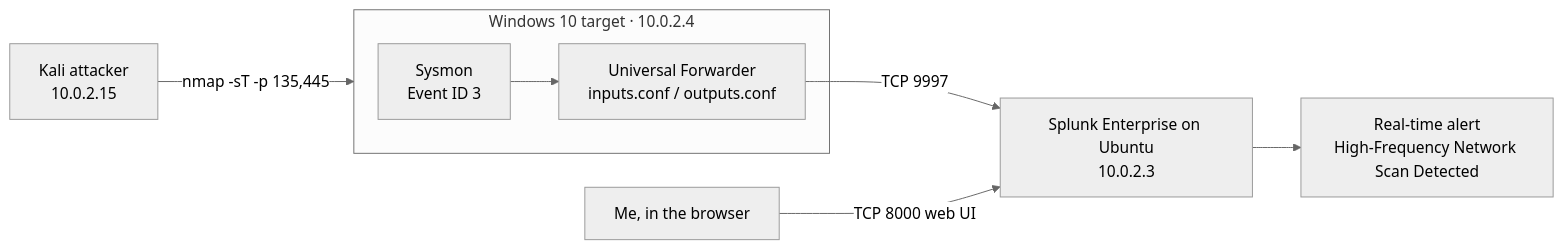
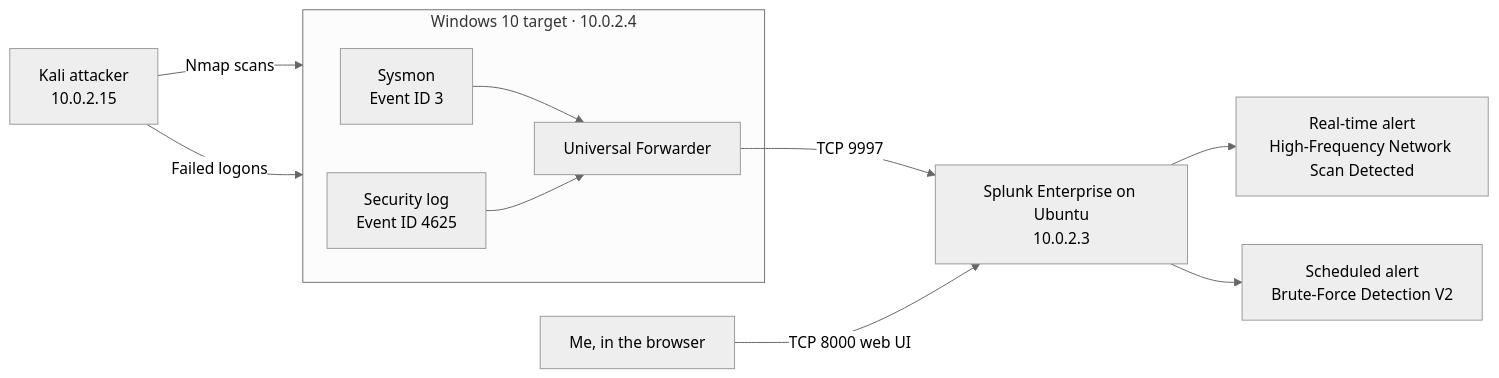
Before and after one commit to ygnsmk2031/siem-lab-portfolio: the diagram in lab1-splunk/README.md, drawn with Mermaid (neutral theme). The commit also changed other lines of this file and 11 other files, not shown here.

Commit message:
Add Lab 1 screenshots and brute-force detection

````diff
--- a/lab1-splunk/README.md
+++ b/lab1-splunk/README.md
@@ -19,10 +24,13 @@
 ```mermaid
 flowchart LR
-    K["Kali attacker<br/>10.0.2.15"] -- "nmap -sT -p 135,445" --> W
+    K["Kali attacker<br/>10.0.2.15"] -- "Nmap scans" --> W
+    K -- "Failed logons" --> W
     subgraph W["Windows 10 target · 10.0.2.4"]
-        S["Sysmon<br/>Event ID 3"] --> UF["Universal Forwarder<br/>inputs.conf / outputs.conf"]
+        S["Sysmon<br/>Event ID 3"] --> UF["Universal Forwarder"]
+        SEC["Security log<br/>Event ID 4625"] --> UF
     end
     UF -- "TCP 9997" --> SP["Splunk Enterprise on Ubuntu<br/>10.0.2.3"]
-    SP --> A["Real-time alert<br/>High-Frequency Network Scan Detected"]
+    SP --> A1["Real-time alert<br/>High-Frequency Network Scan Detected"]
+    SP --> A2["Scheduled alert<br/>Brute-Force Detection V2"]
     U["Me, in the browser"] -- "TCP 8000 web UI" --> SP
 ```
````
